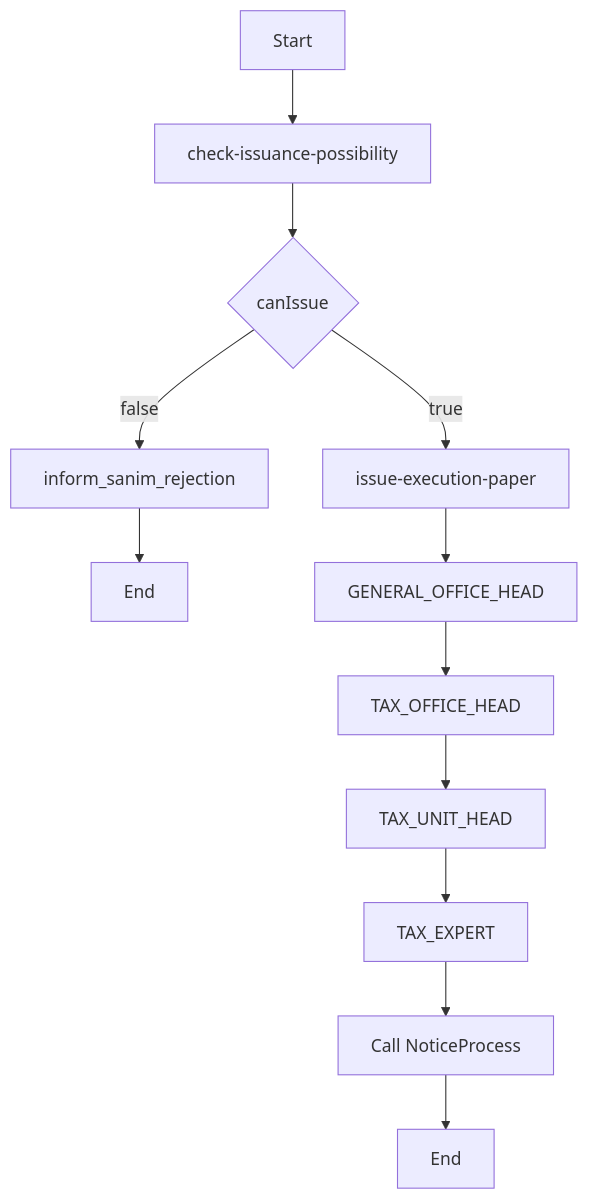
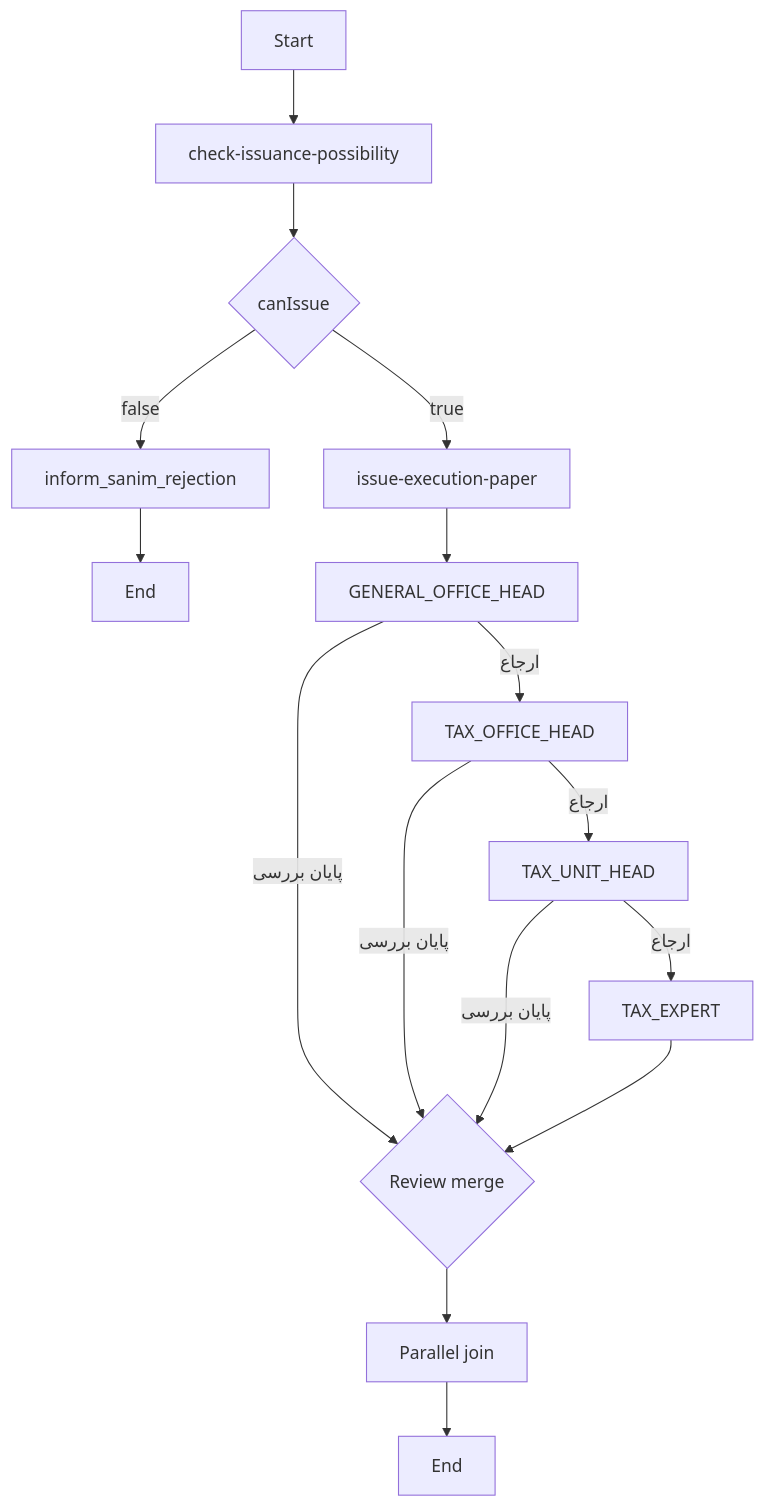
The diagram in docs/workflow/processes/execution-paper-process.md (mohamamdsajadi/VosolMaliat), drawn with Mermaid before and after one commit. The commit also changed other lines of this file and 13 other files, not shown here.

````diff
--- a/docs/workflow/processes/execution-paper-process.md
+++ b/docs/workflow/processes/execution-paper-process.md
@@ -39,14 +39,18 @@
 ```mermaid
 flowchart TD
     S[Start] --> C[check-issuance-possibility]
     C --> G{canIssue}
     G -->|false| R[inform_sanim_rejection]
     R --> END1[End]
     G -->|true| I[issue-execution-paper]
     I --> GH[GENERAL_OFFICE_HEAD]
-    GH --> OH[TAX_OFFICE_HEAD]
-    OH --> UH[TAX_UNIT_HEAD]
-    UH --> EX[TAX_EXPERT]
-    EX --> INF[Call NoticeProcess]
-    INF --> END2[End]
+    GH -->|ارجاع| OH[TAX_OFFICE_HEAD]
+    OH -->|ارجاع| UH[TAX_UNIT_HEAD]
+    UH -->|ارجاع| EX[TAX_EXPERT]
+    GH -->|پایان بررسی| M{Review merge}
+    OH -->|پایان بررسی| M
+    UH -->|پایان بررسی| M
+    EX --> M
+    M --> J[Parallel join]
+    J --> END2[End]
 ```
````
